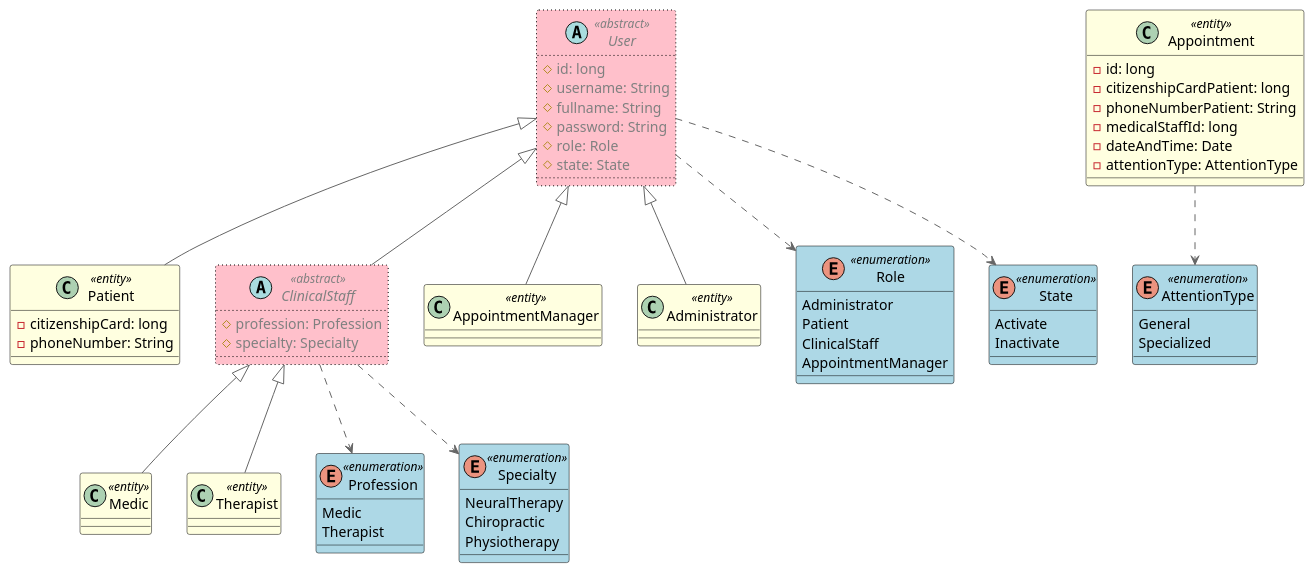
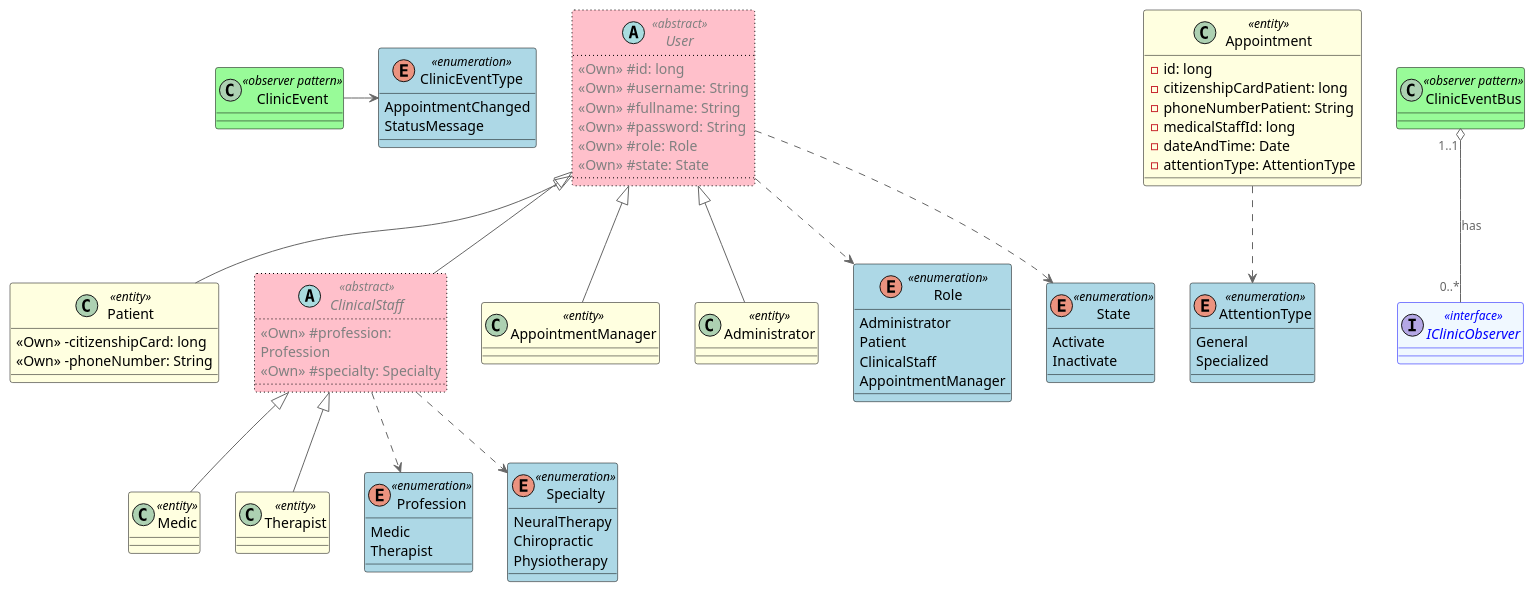
Before and after one commit to FernandoMulato/Piedrazul-Medical-Services-Network: the diagram in 1.Project-with_Monolithic_Architecture/mod_app_piedrazul_medical_services_network/Domain/dClassDomain.puml, drawn with PlantUML. The commit also changed 10 other files, not shown here.

Commit message:
Basic classes were created for the operation of the observer pattern.

```diff
--- a/1.Project-with_Monolithic_Architecture/mod_app_piedrazul_medical_services_network/Domain/dClassDomain.puml
+++ b/1.Project-with_Monolithic_Architecture/mod_app_piedrazul_medical_services_network/Domain/dClassDomain.puml
@@ -1,79 +1,97 @@
 @startuml DomainClasses
 
 !include https://raw.githubusercontent.com/plantuml-stdlib/C4-PlantUML/master/C4_Deployment.puml
 
 abstract User <<abstract>> #Pink;line:Black;line.dotted;text:gray {
-  # id: long 
-  # username: String
-  # fullname: String
-  # password: String
-  # role: Role
-  # state: State
-  ' <<Constructor>> +User(): void 
+  <<Own>> #id: long 
+  <<Own>> #username: String
+  <<Own>> #fullname: String
+  <<Own>> #password: String
+  <<Own>> #role: Role
+  <<Own>> #state: State
 }
 
 class Patient <<entity>> #LightYellow;line:Black;text:Black extends User {
-  - citizenshipCard: long
-  - phoneNumber: String
-  ' <<Constructor>> +User(): void 
+  <<Own>> -citizenshipCard: long
+  <<Own>> -phoneNumber: String
 } 
 
 abstract ClinicalStaff <<abstract>> #Pink;line:Black;line.dotted;text:gray extends User {
-  # profession: Profession
-  # specialty: Specialty
+  <<Own>> #profession: Profession
+  <<Own>> #specialty: Specialty
 }
 
 class Medic <<entity>> #LightYellow;line:Black;text:Black extends ClinicalStaff {}
 
 class Therapist <<entity>> #LightYellow;line:Black;text:Black extends ClinicalStaff {}
 
 class AppointmentManager <<entity>> #LightYellow;line:Black;text:Black extends User {}
 
 class Administrator <<entity>> #LightYellow;line:Black;text:Black extends User {}
 
 class Appointment <<entity>> #LightYellow;line:Black;text:Black {
   -id: long
   -citizenshipCardPatient: long
   -phoneNumberPatient: String
   -medicalStaffId: long
   -dateAndTime: Date 
   -attentionType: AttentionType
 }
 
 enum Role <<enumeration>> #LightBlue;line:Black;text:Black {
   Administrator
   Patient
   ClinicalStaff
   AppointmentManager
 }
 
 enum Profession <<enumeration>> #LightBlue;line:Black;text:Black {
   Medic
   Therapist 
 }
 
 enum Specialty <<enumeration>> #LightBlue;line:Black;text:Black {
   NeuralTherapy
   Chiropractic
   Physiotherapy
 }
 
 enum State <<enumeration>> #LightBlue;line:Black;text:Black {
   Activate
   Inactivate
 }
 
 enum AttentionType <<enumeration>> #LightBlue;line:Black;text:Black {
   General
   Specialized
 }
 
+class ClinicEvent <<observer pattern>> #PaleGreen;line:Black;text:Black {
+
+}
+
+class ClinicEventBus <<observer pattern>> #PaleGreen;line:Black;text:Black {
+
+}
+
+interface IClinicObserver <<interface>> #aliceblue;line:blue;text:blue {
+
+}
+
+enum ClinicEventType <<enumeration>> #LightBlue;line:Black;text:Black {
+  AppointmentChanged
+  StatusMessage
+}
+
 User ..> Role
 User ..> State 
 
 ClinicalStaff ..> Profession
 ClinicalStaff ..> Specialty
 
 Appointment ..> AttentionType
 
+ClinicEvent -> ClinicEventType
+ClinicEventBus "1..1" o-- "0..*" IClinicObserver : has
+
 @enduml
```
